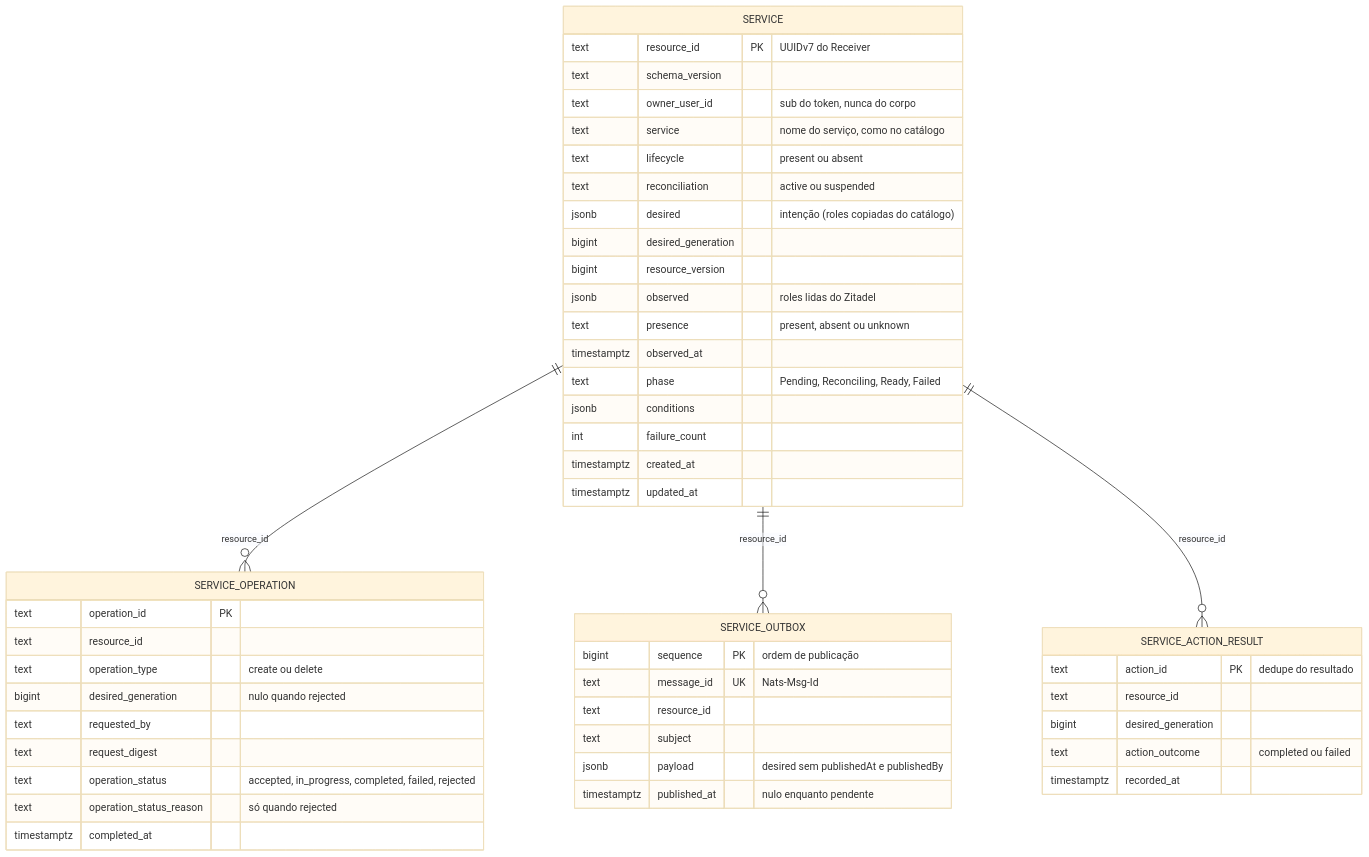
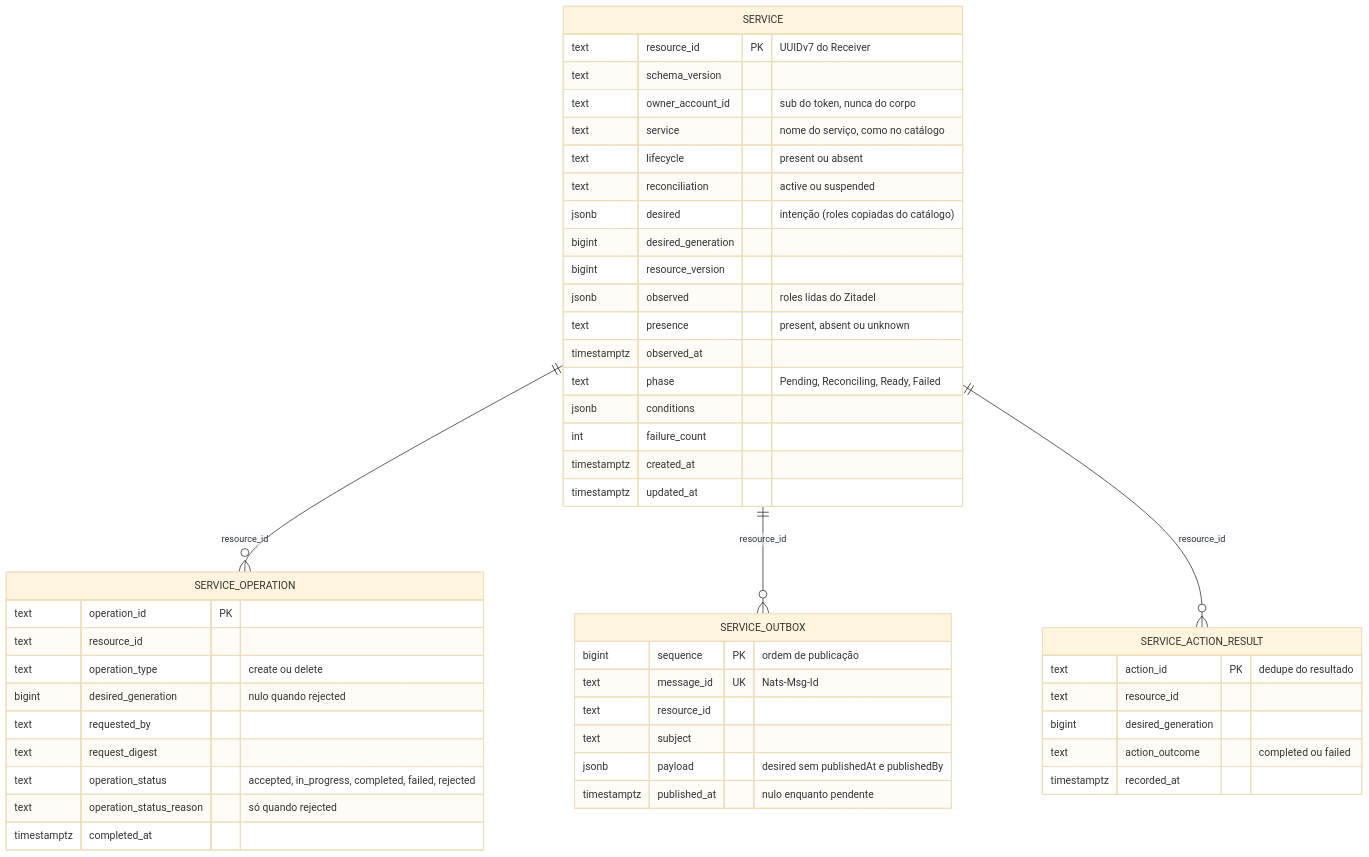
One commit to danielsabatini/smarkee changed the diagram in features/sum/service/docs/database/01-er-fisico.mmd. Above: the diagram before and after it, drawn with Mermaid (base theme). The commit also changed 551 other files, not shown here.

First line of the commit message:
refactor!: core.user passa a se chamar core.account

```diff
--- a/features/sum/service/docs/database/01-er-fisico.mmd
+++ b/features/sum/service/docs/database/01-er-fisico.mmd
@@ -1,50 +1,50 @@
 erDiagram
     SERVICE ||--o{ SERVICE_OPERATION : "resource_id"
     SERVICE ||--o{ SERVICE_OUTBOX : "resource_id"
     SERVICE ||--o{ SERVICE_ACTION_RESULT : "resource_id"
 
     SERVICE {
         text resource_id PK "UUIDv7 do Receiver"
         text schema_version
-        text owner_user_id "sub do token, nunca do corpo"
+        text owner_account_id "sub do token, nunca do corpo"
         text service "nome do serviço, como no catálogo"
         text lifecycle "present ou absent"
         text reconciliation "active ou suspended"
         jsonb desired "intenção (roles copiadas do catálogo)"
         bigint desired_generation
         bigint resource_version
         jsonb observed "roles lidas do Zitadel"
         text presence "present, absent ou unknown"
         timestamptz observed_at
         text phase "Pending, Reconciling, Ready, Failed"
         jsonb conditions
         int failure_count
         timestamptz created_at
         timestamptz updated_at
     }
     SERVICE_OPERATION {
         text operation_id PK
         text resource_id
         text operation_type "create ou delete"
         bigint desired_generation "nulo quando rejected"
         text requested_by
         text request_digest
         text operation_status "accepted, in_progress, completed, failed, rejected"
         text operation_status_reason "só quando rejected"
         timestamptz completed_at
     }
     SERVICE_OUTBOX {
         bigint sequence PK "ordem de publicação"
         text message_id UK "Nats-Msg-Id"
         text resource_id
         text subject
         jsonb payload "desired sem publishedAt e publishedBy"
         timestamptz published_at "nulo enquanto pendente"
     }
     SERVICE_ACTION_RESULT {
         text action_id PK "dedupe do resultado"
         text resource_id
         bigint desired_generation
         text action_outcome "completed ou failed"
         timestamptz recorded_at
     }
```
